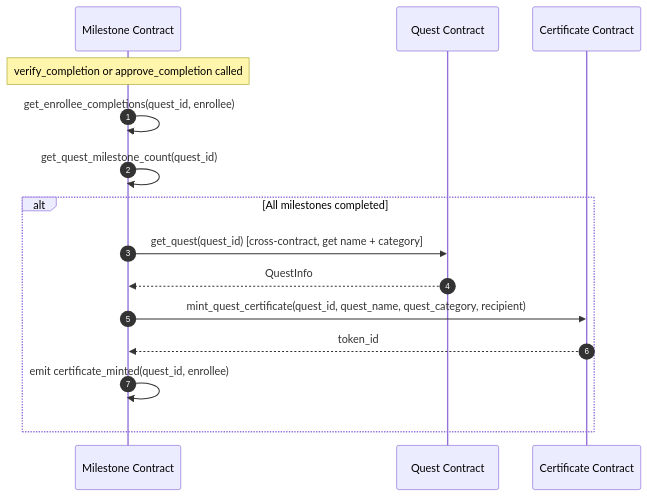
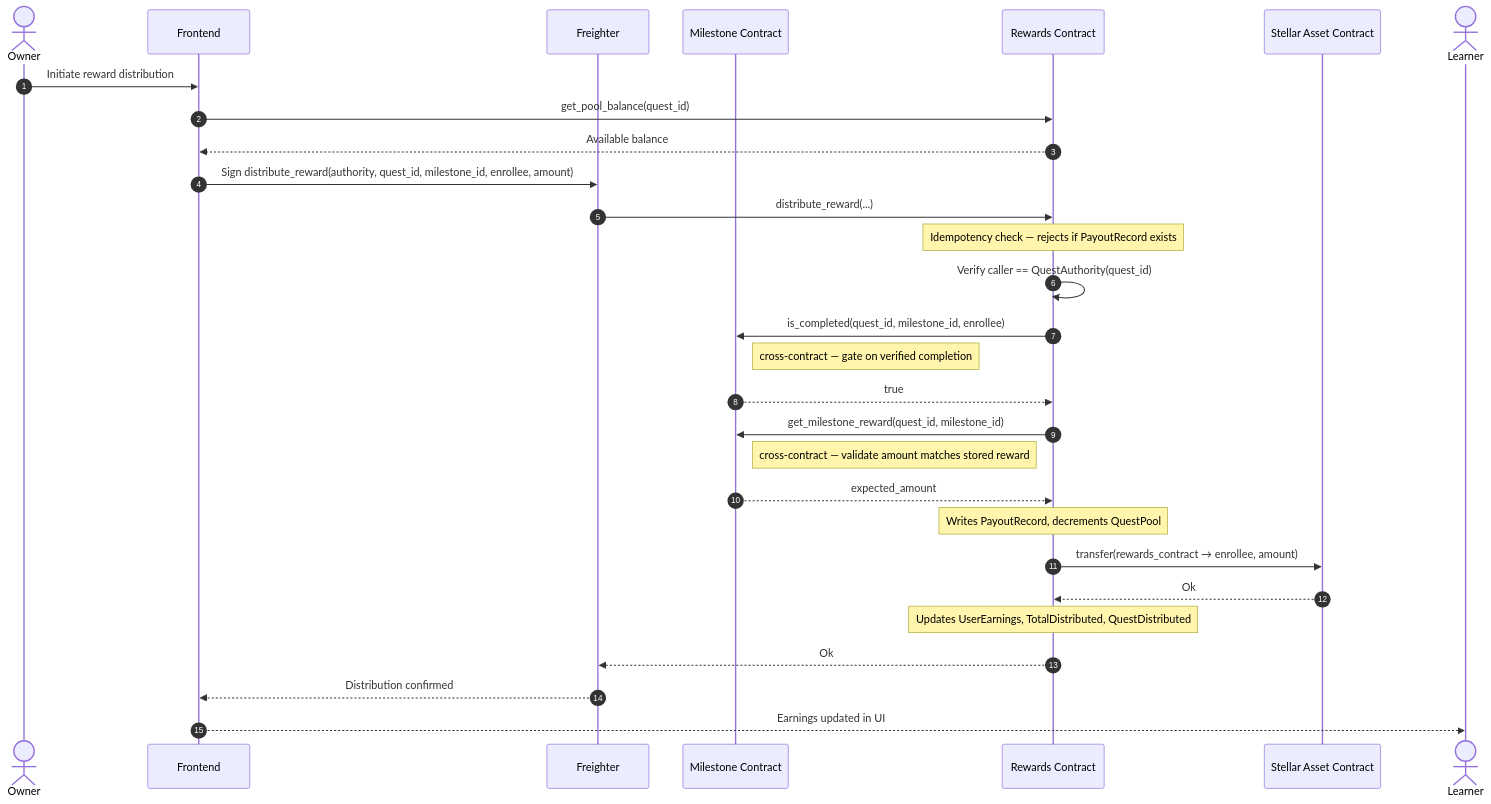
One commit to lernza/lernza changed the sixth of 7 diagrams in docs/ARCHITECTURE.md. Above: the diagram before and after it, drawn with Mermaid. The commit also changed other lines of this file and 9 other files, not shown here.

````diff
--- a/docs/ARCHITECTURE.md
+++ b/docs/ARCHITECTURE.md
@@ -238,19 +296,38 @@
 ```mermaid
 sequenceDiagram
     autonumber
+    actor Owner
+    participant FE as Frontend
+    participant Wallet as Freighter
     participant Milestone as Milestone Contract
-    participant Quest as Quest Contract
-    participant Certificate as Certificate Contract
+    participant Rewards as Rewards Contract
+    participant SAC as Stellar Asset Contract
+    actor Learner
 
-    Note over Milestone: verify_completion or approve_completion called
-    Milestone->>Milestone: get_enrollee_completions(quest_id, enrollee)
-    Milestone->>Milestone: get_quest_milestone_count(quest_id)
+    Owner->>FE: Initiate reward distribution
+    FE->>Rewards: get_pool_balance(quest_id)
+    Rewards-->>FE: Available balance
 
-    alt All milestones completed
-        Milestone->>Quest: get_quest(quest_id) [cross-contract, get name + category]
-        Quest-->>Milestone: QuestInfo
-        Milestone->>Certificate: mint_quest_certificate(quest_id, quest_name, quest_category, recipient)
-        Certificate-->>Milestone: token_id
-        Milestone->>Milestone: emit certificate_minted(quest_id, enrollee)
-    end
+    FE->>Wallet: Sign distribute_reward(authority, quest_id, milestone_id, enrollee, amount)
+    Wallet->>Rewards: distribute_reward(...)
+
+    Note over Rewards: Idempotency check — rejects if PayoutRecord exists
+    Rewards->>Rewards: Verify caller == QuestAuthority(quest_id)
+
+    Rewards->>Milestone: is_completed(quest_id, milestone_id, enrollee)
+    Note right of Milestone: cross-contract — gate on verified completion
+    Milestone-->>Rewards: true
+
+    Rewards->>Milestone: get_milestone_reward(quest_id, milestone_id)
+    Note right of Milestone: cross-contract — validate amount matches stored reward
+    Milestone-->>Rewards: expected_amount
+
+    Note over Rewards: Writes PayoutRecord, decrements QuestPool
+    Rewards->>SAC: transfer(rewards_contract → enrollee, amount)
+    SAC-->>Rewards: Ok
+    Note over Rewards: Updates UserEarnings, TotalDistributed, QuestDistributed
+
+    Rewards-->>Wallet: Ok
+    Wallet-->>FE: Distribution confirmed
+    FE-->>Learner: Earnings updated in UI
 ```
````
